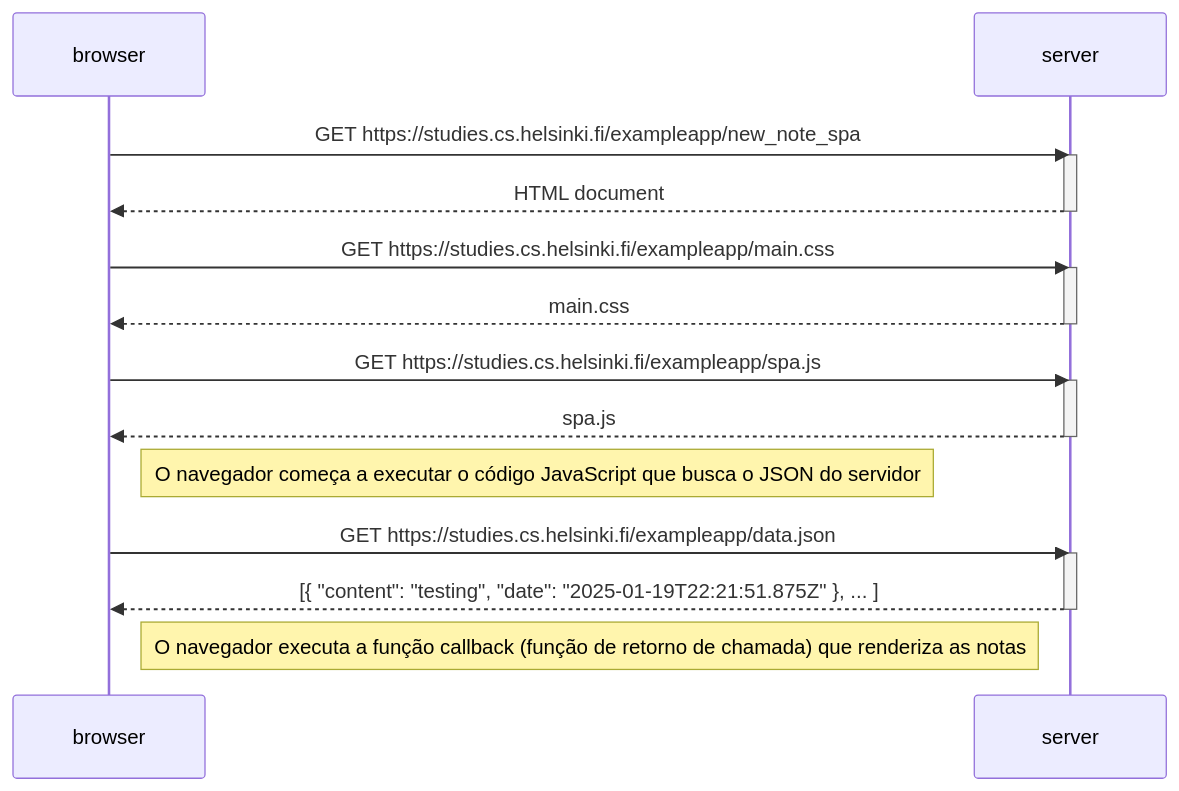
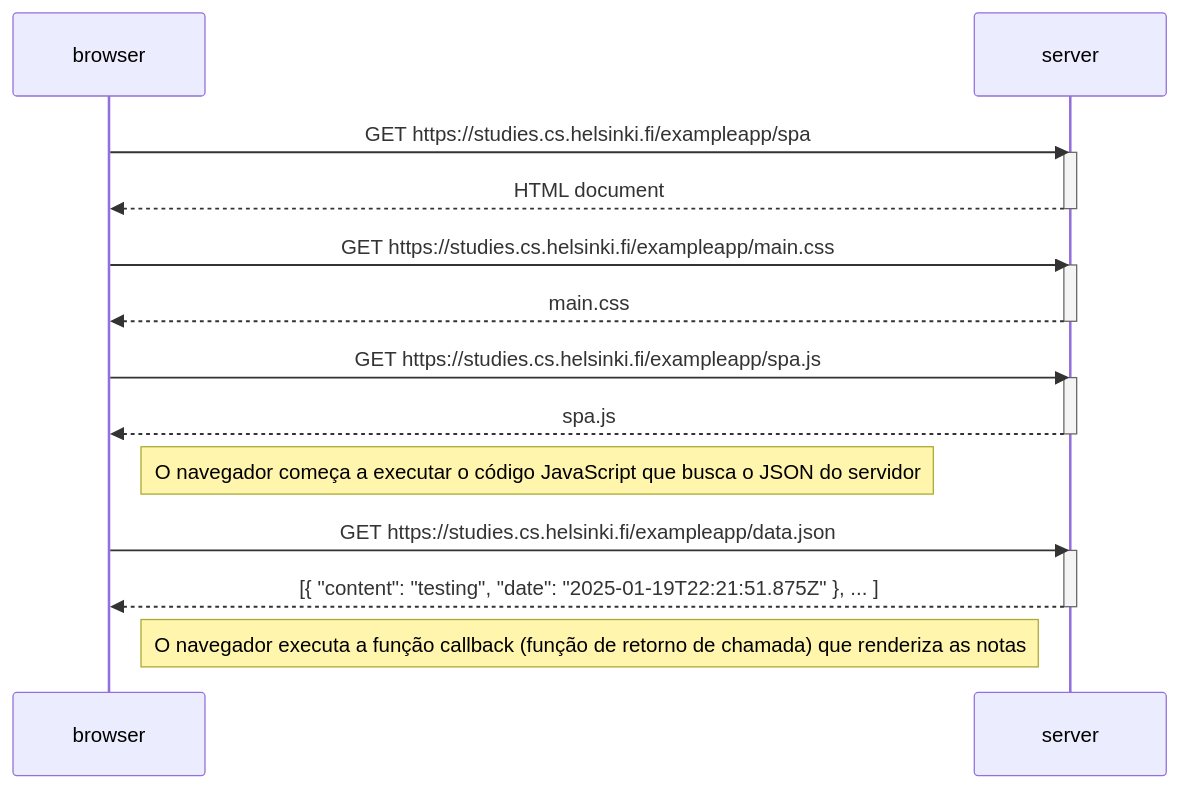
One commit to hiacarvalho/Fullstack changed the diagram in part0/0.5_SpaDiagram.md. Above: the diagram before and after it, drawn with Mermaid.

Commit message:
modified:   part0/0.5_SpaDiagram.md

````diff
--- a/part0/0.5_SpaDiagram.md
+++ b/part0/0.5_SpaDiagram.md
@@ -1,30 +1,30 @@
 ```mermaid
 sequenceDiagram
     participant browser
     participant server
 
-    browser->>server: GET https://studies.cs.helsinki.fi/exampleapp/new_note_spa
+    browser->>server: GET https://studies.cs.helsinki.fi/exampleapp/spa
     activate server
     server-->>browser: HTML document
     deactivate server
 
     browser->>server: GET https://studies.cs.helsinki.fi/exampleapp/main.css
     activate server
     server-->>browser: main.css
     deactivate server
 
     browser->>server: GET https://studies.cs.helsinki.fi/exampleapp/spa.js
     activate server
     server-->>browser: spa.js
     deactivate server
 
     Note right of browser: O navegador começa a executar o código JavaScript que busca o JSON do servidor
 
     browser->>server: GET https://studies.cs.helsinki.fi/exampleapp/data.json
     activate server
     server-->>browser: [{ "content": "testing", "date": "2025-01-19T22:21:51.875Z" }, ... ]
     deactivate server 
 
     Note right of browser: O navegador executa a função callback (função de retorno de chamada) que renderiza as notas
     
 ```
````
